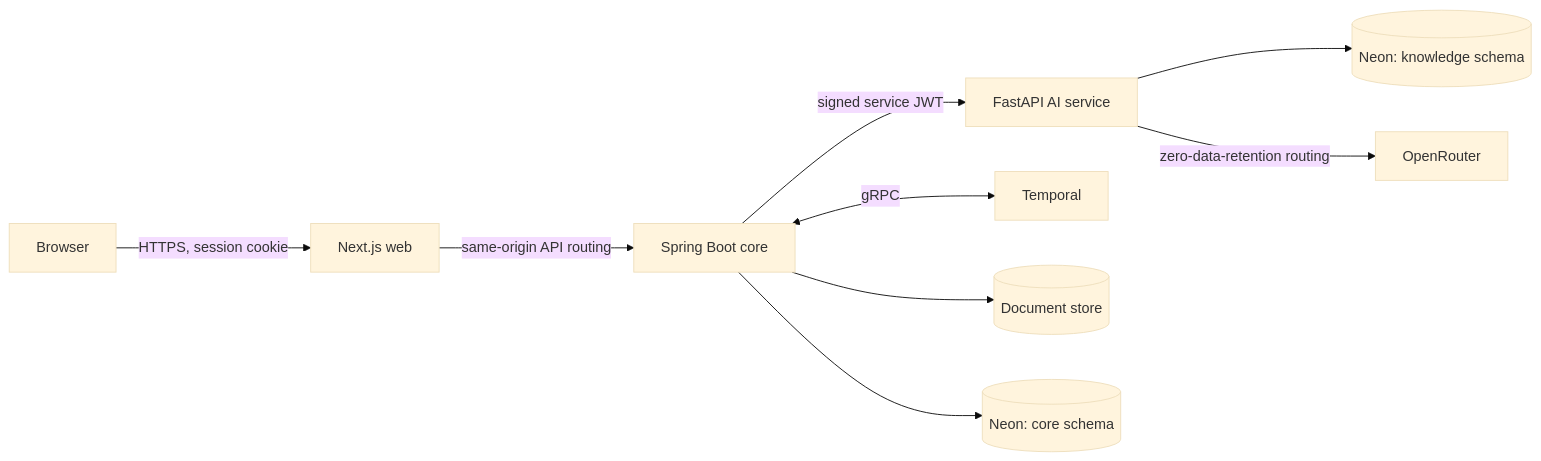
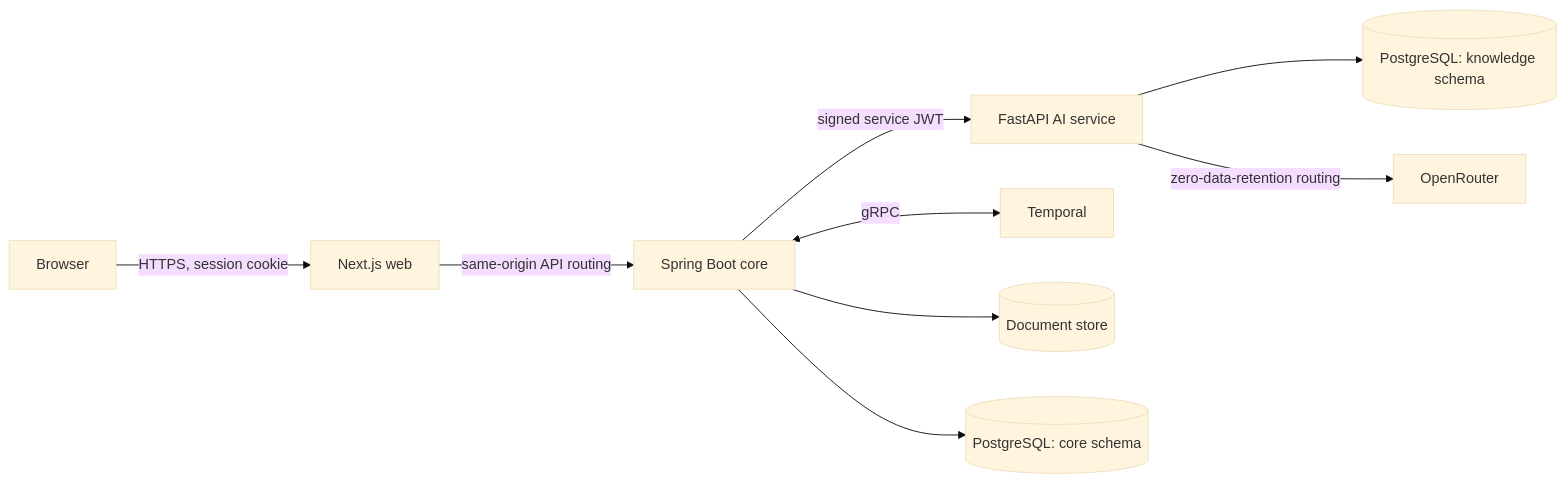
One commit to vsanishb/prism changed the diagram in docs/architecture.md. Above: the diagram before and after it, drawn with Mermaid (base theme). The commit also changed other lines of this file and 12 other files, not shown here.

First line of the commit message:
Drop Neon and build pgvector natively for local PostgreSQL

````diff
--- a/docs/architecture.md
+++ b/docs/architecture.md
@@ -7,11 +7,11 @@
 ```mermaid
 flowchart LR
     U[Browser] -->|HTTPS, session cookie| W[Next.js web]
     W -->|same-origin API routing| C[Spring Boot core]
     C -->|signed service JWT| A[FastAPI AI service]
     C <-->|gRPC| T[Temporal]
     C --> DS[(Document store)]
-    C --> DB1[(Neon: core schema)]
-    A --> DB2[(Neon: knowledge schema)]
+    C --> DB1[(PostgreSQL: core schema)]
+    A --> DB2[(PostgreSQL: knowledge schema)]
     A -->|zero-data-retention routing| O[OpenRouter]
 ```
````
